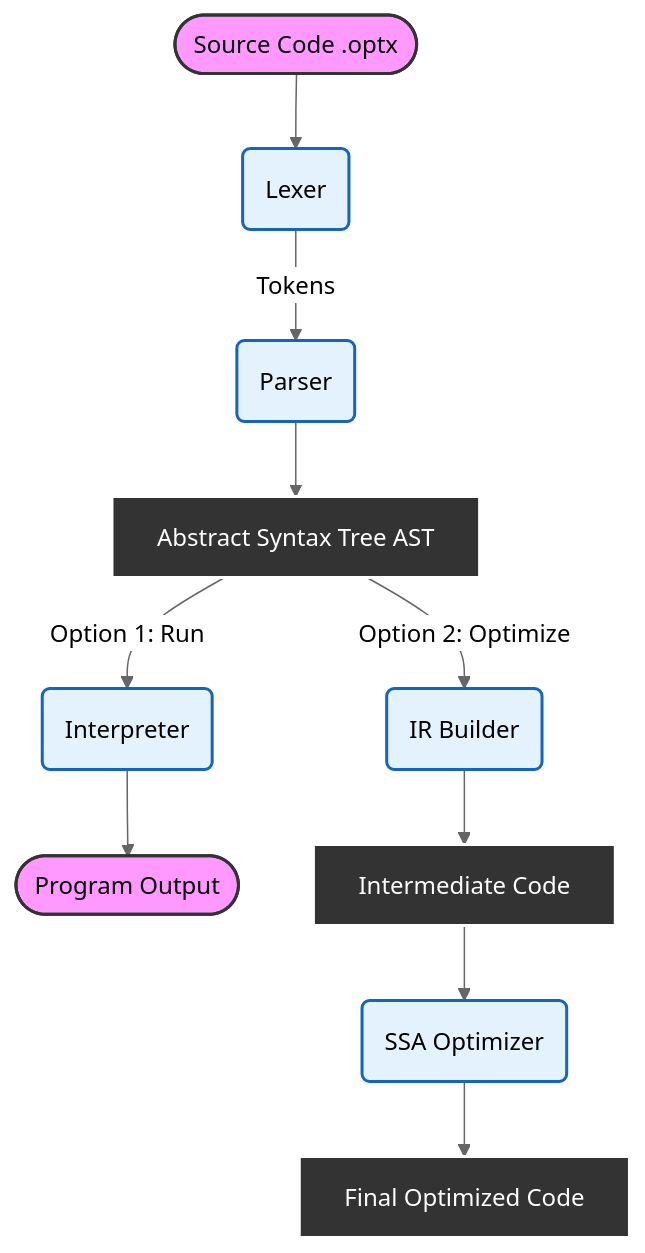
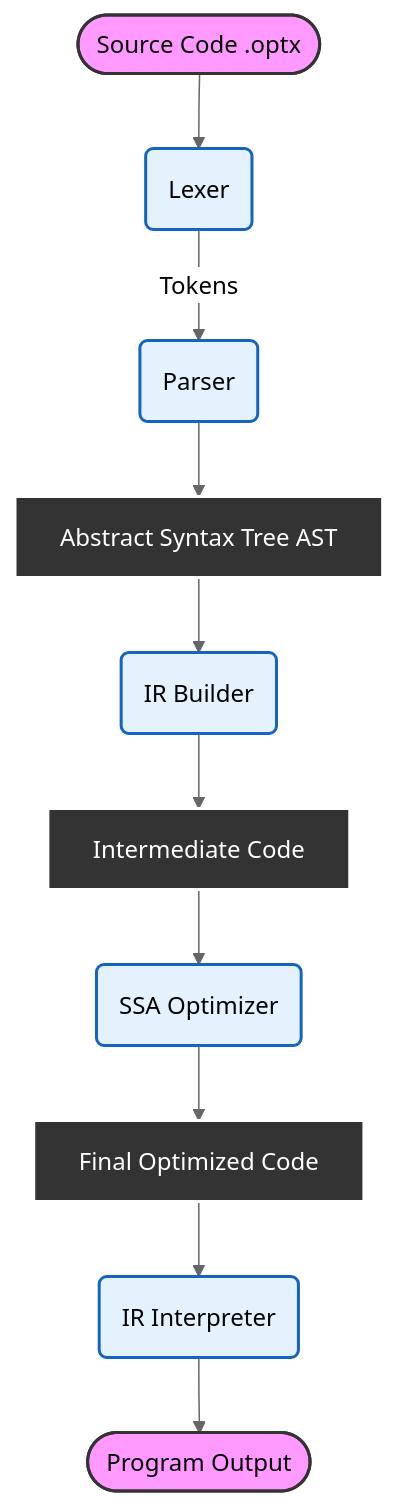
One commit to AdityaPandey-DEV/Optimix-Compiler changed the first of 4 diagrams in flowchart.md. Above: the diagram before and after it, drawn with Mermaid (neutral theme). The commit also changed other lines of this file and 4 other files, not shown here.

````diff
--- a/flowchart.md
+++ b/flowchart.md
@@ -18,27 +18,26 @@
 ```mermaid
 graph TD
     %% Styling
     classDef input fill:#f9f,stroke:#333,stroke-width:2px;
     classDef process fill:#e3f2fd,stroke:#1565c0,stroke-width:2px;
     classDef output fill:#333,stroke:#fff,stroke-width:2px,color:#fff;
 
     %% Main Flow
     Input([Source Code .optx]) --> Lexer(Lexer)
     Lexer -->|Tokens| Parser(Parser)
     Parser --> AST[Abstract Syntax Tree AST]
     
-    %% Split
-    AST -->|Option 1: Run| Interpreter(Interpreter)
-    AST -->|Option 2: Optimize| IRBuilder(IR Builder)
-    
-    Interpreter --> Output([Program Output])
+    AST --> IRBuilder(IR Builder)
     
     IRBuilder --> IR[Intermediate Code]
     IR --> SSA(SSA Optimizer)
     SSA --> OptIR[Final Optimized Code]
+    
+    OptIR --> Interpreter(IR Interpreter)
+    Interpreter --> Output([Program Output])
 
     %% Classes
     class Input,Output input;
-    class Lexer,Parser,Interpreter,IRBuilder,SSA process;
+    class Lexer,Parser,IRBuilder,SSA,Interpreter process;
     class AST,IR,OptIR output;
 ```
````
